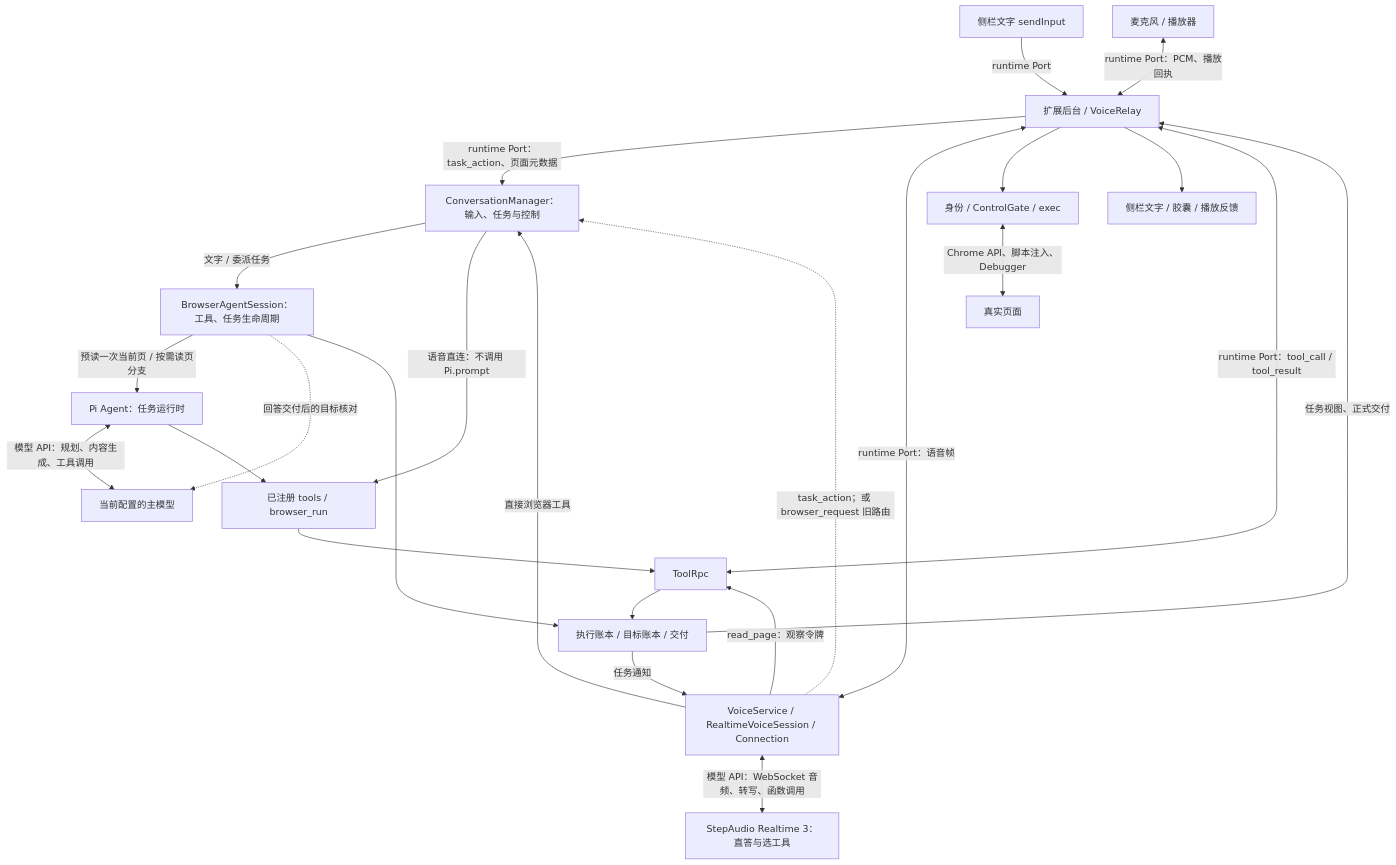
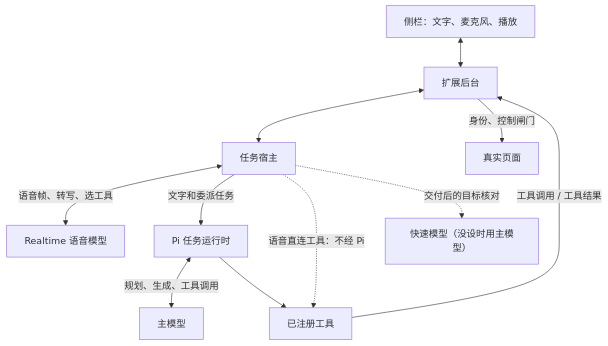
One commit to yishu-ziyu/By-Your-Side changed the diagram in docs/architecture.md. Above: the diagram before and after it, drawn with Mermaid. The commit also changed other lines of this file and 64 other files, not shown here.

````diff
--- a/docs/architecture.md
+++ b/docs/architecture.md
@@ -20,26 +20,13 @@
 ```mermaid
 flowchart TD
-  Text[侧栏文字 sendInput] -->|runtime Port| BG[扩展后台 / VoiceRelay]
-  Audio[麦克风 / 播放器] <-->|runtime Port：PCM、播放回执| BG
-  BG -->|runtime Port：task_action、页面元数据| CM[ConversationManager：输入、任务与控制]
-  BG <-->|runtime Port：语音帧| VS[VoiceService / RealtimeVoiceSession / Connection]
-  VS <-->|模型 API：WebSocket 音频、转写、函数调用| RT[StepAudio Realtime 3：直答与选工具]
-  VS -->|直接浏览器工具| CM
-  VS -.->|task_action；或 browser_request 旧路由| CM
-  CM -->|文字 / 委派任务| Session[BrowserAgentSession：工具、任务生命周期]
-  Session -->|预读一次当前页 / 按需读页分支| Pi[Pi Agent：任务运行时]
-  Pi <-->|模型 API：规划、内容生成、工具调用| LLM[当前配置的主模型]
-  Pi --> Tools[已注册 tools / browser_run]
-  CM -->|语音直连：不调用 Pi.prompt| Tools
-  VS -->|read_page：观察令牌| RPC[ToolRpc]
-  Tools --> RPC
-  RPC <-->|runtime Port：tool_call / tool_result| BG
-  BG --> Gate[身份 / ControlGate / exec]
-  Gate <-->|Chrome API、脚本注入、Debugger| Page[真实页面]
-  Session -.->|回答交付后的目标核对| LLM
-  RPC --> Facts[执行账本 / 目标账本 / 交付]
-  Session --> Facts
-  Facts -->|任务视图、正式交付| BG
-  Facts -->|任务通知| VS
-  BG --> UI[侧栏文字 / 胶囊 / 播放反馈]
+  UI[侧栏：文字、麦克风、播放] <--> BG[扩展后台]
+  BG <--> Host[任务宿主]
+  Host <-->|语音帧、转写、选工具| RT[Realtime 语音模型]
+  Host -->|文字和委派任务| Pi[Pi 任务运行时]
+  Pi <-->|规划、生成、工具调用| LLM[主模型]
+  Host -.->|语音直连工具：不经 Pi| Tools[已注册工具]
+  Pi --> Tools
+  Tools -->|工具调用 / 工具结果| BG
+  BG -->|身份、控制闸门| Page[真实页面]
+  Host -.->|交付后的目标核对| Fast["快速模型（没设时用主模型）"]
 ```
````
